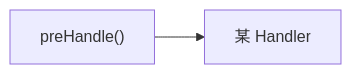
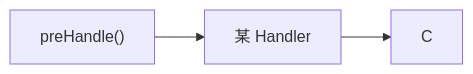
One commit to kekaiyuan/resource changed the sixth of 7 diagrams in _posts/java/framework/spring-mvc/2021-08-22-03-usage.md. Above: the diagram before and after it, drawn with Mermaid.

Commit message:
修改文件: _posts/java/framework/spring-mvc/2021-08-22-03-usage.md

```diff
--- a/_posts/java/framework/spring-mvc/2021-08-22-03-usage.md
+++ b/_posts/java/framework/spring-mvc/2021-08-22-03-usage.md
@@ -685,4 +685,5 @@
 <div class="mermaid">
 graph LR;
 A["preHandle()"]-->B["某 Handler"]
+B-->C
 </div>
```
